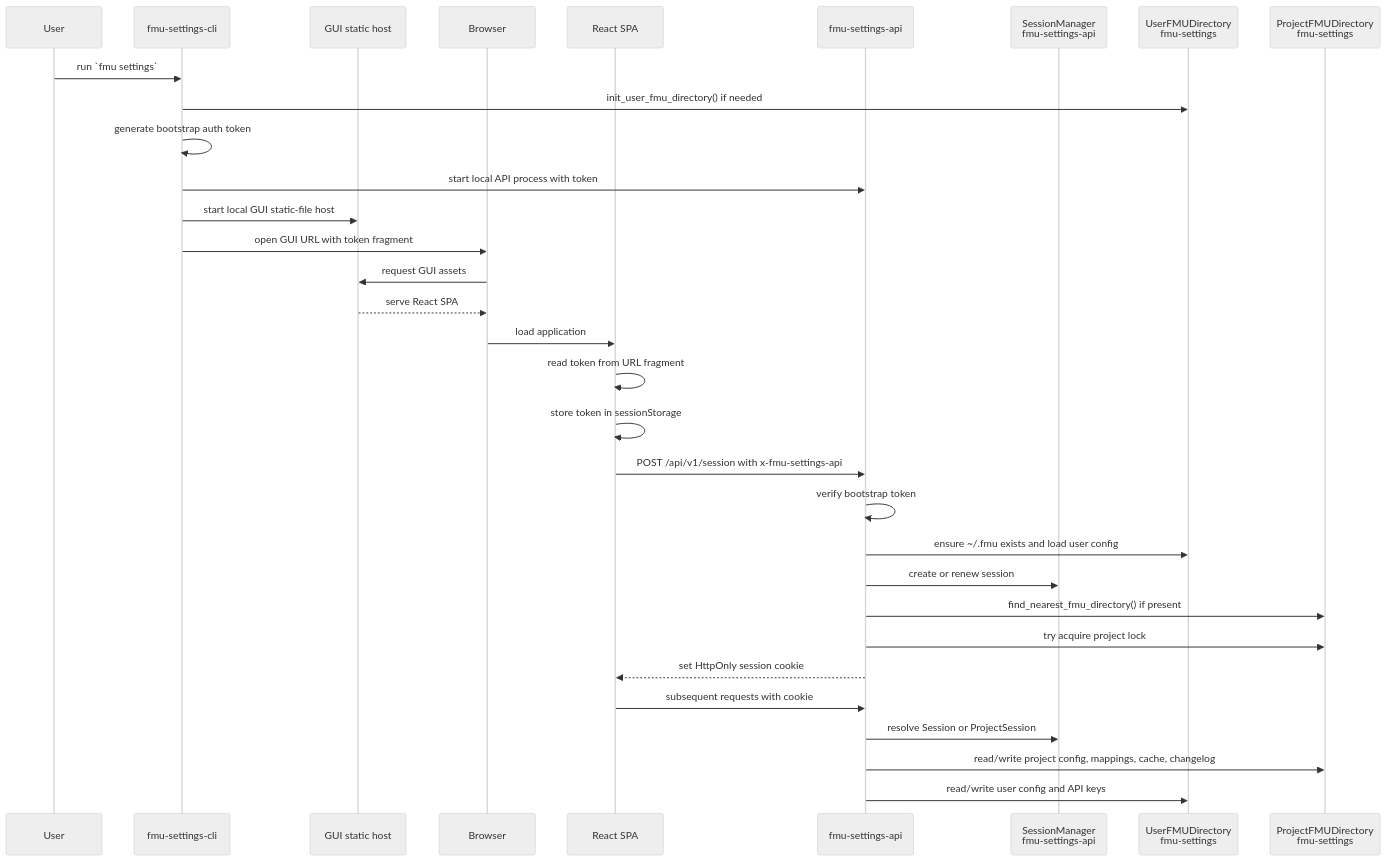
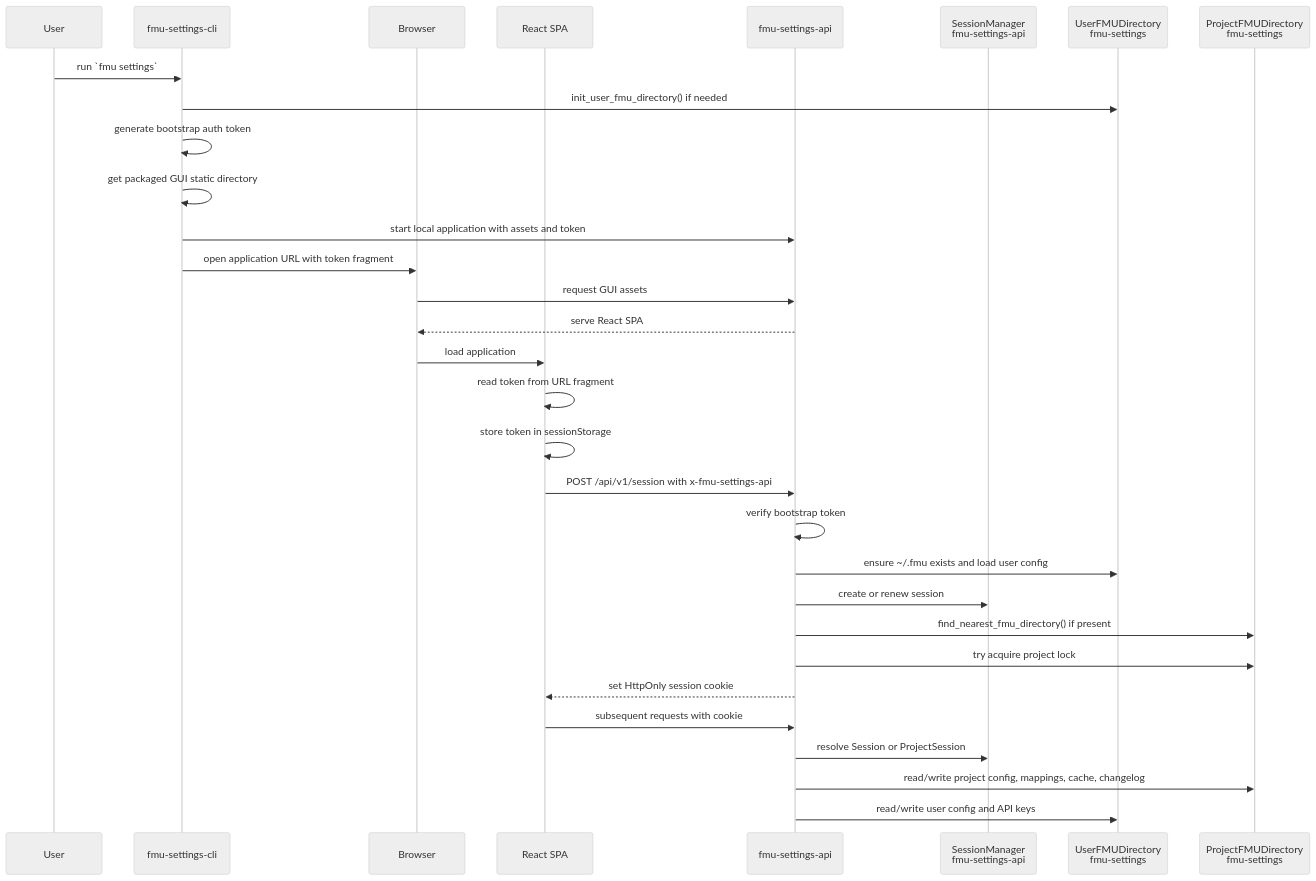
Before and after one commit to equinor/fmu-settings: the third of 3 diagrams in ARCHITECTURE.md, drawn with Mermaid (neutral theme). The commit also changed other lines of this file and 1 other file, not shown here.

Commit message:
DOC: Update single server architecture (#296)

````diff
--- a/ARCHITECTURE.md
+++ b/ARCHITECTURE.md
@@ -163,38 +162,37 @@
 ```mermaid
 sequenceDiagram
     participant User
     participant CLI as fmu-settings-cli
-    participant GUIHost as GUI static host
     participant Browser
     participant SPA as React SPA
     participant API as fmu-settings-api
     participant Session as SessionManager<br/>fmu-settings-api
     participant UserFMU as UserFMUDirectory<br/>fmu-settings
     participant ProjectFMU as ProjectFMUDirectory<br/>fmu-settings
 
     User->>CLI: run `fmu settings`
     CLI->>UserFMU: init_user_fmu_directory() if needed
     CLI->>CLI: generate bootstrap auth token
-    CLI->>API: start local API process with token
-    CLI->>GUIHost: start local GUI static-file host
-    CLI->>Browser: open GUI URL with token fragment
+    CLI->>CLI: get packaged GUI static directory
+    CLI->>API: start local application with assets and token
+    CLI->>Browser: open application URL with token fragment
 
-    Browser->>GUIHost: request GUI assets
-    GUIHost-->>Browser: serve React SPA
+    Browser->>API: request GUI assets
+    API-->>Browser: serve React SPA
     Browser->>SPA: load application
     SPA->>SPA: read token from URL fragment
     SPA->>SPA: store token in sessionStorage
     SPA->>API: POST /api/v1/session with x-fmu-settings-api
 
     API->>API: verify bootstrap token
     API->>UserFMU: ensure ~/.fmu exists and load user config
     API->>Session: create or renew session
     API->>ProjectFMU: find_nearest_fmu_directory() if present
     API->>ProjectFMU: try acquire project lock
     API-->>SPA: set HttpOnly session cookie
 
     SPA->>API: subsequent requests with cookie
     API->>Session: resolve Session or ProjectSession
     API->>ProjectFMU: read/write project config, mappings, cache, changelog
     API->>UserFMU: read/write user config and API keys
 ```
````
